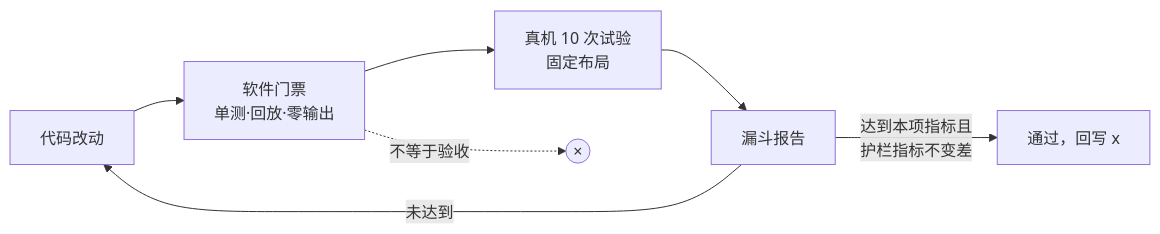
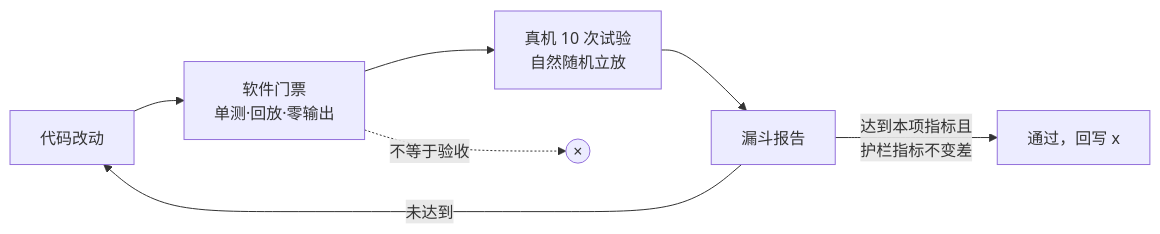
Before and after one commit to BrunonXU/DM0.5: the diagram in Claude-advice/HARNESS/review-acceptance.md, drawn with Mermaid. The commit also changed other lines of this file, not shown here.

````diff
--- a/Claude-advice/HARNESS/review-acceptance.md
+++ b/Claude-advice/HARNESS/review-acceptance.md
@@ -10,9 +10,9 @@
 ```mermaid
 flowchart LR
   C[代码改动] --> T[软件门票<br/>单测·回放·零输出]
-  T --> F[真机 10 次试验<br/>固定布局]
+  T --> F[真机 10 次试验<br/>自然随机立放]
   F --> M[漏斗报告]
   M -->|达到本项指标且<br/>护栏指标不变差| OK[通过，回写 x]
   M -->|未达到| C
   T -.不等于验收.-> X((×))
 ```
````
